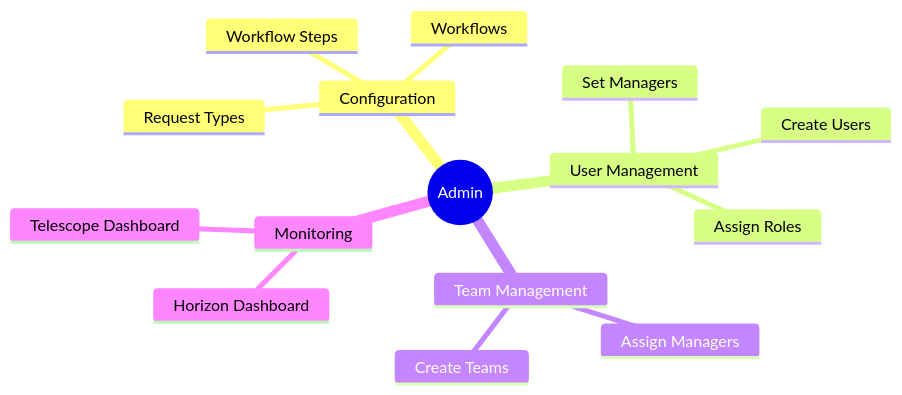
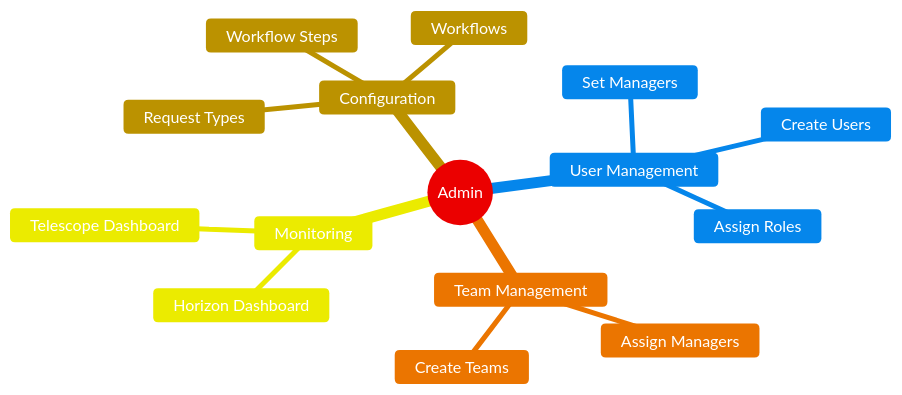
Before and after one commit to hashirali129/FlowManager: the first of 10 diagrams in docs/flows/06-summary.md, drawn with Mermaid. The commit also changed other lines of this file and 2 other files, not shown here.

Commit message:
Fixed error in Flow diagram

````diff
--- a/docs/flows/06-summary.md
+++ b/docs/flows/06-summary.md
@@ -24,18 +24,19 @@
 ```mermaid
+%%{init: {'theme':'base', 'themeVariables': { 'primaryColor':'#ff6b6b', 'primaryTextColor':'#fff', 'primaryBorderColor':'#c92a2a', 'lineColor':'#868e96', 'secondaryColor':'#ffd43b', 'tertiaryColor':'#74c0fc'}}}%%
 mindmap
   root((Admin))
     Configuration
       Request Types
       Workflows
       Workflow Steps
     User Management
       Create Users
       Assign Roles
       Set Managers
     Team Management
       Create Teams
       Assign Managers
     Monitoring
       Horizon Dashboard
       Telescope Dashboard
 ```
````
